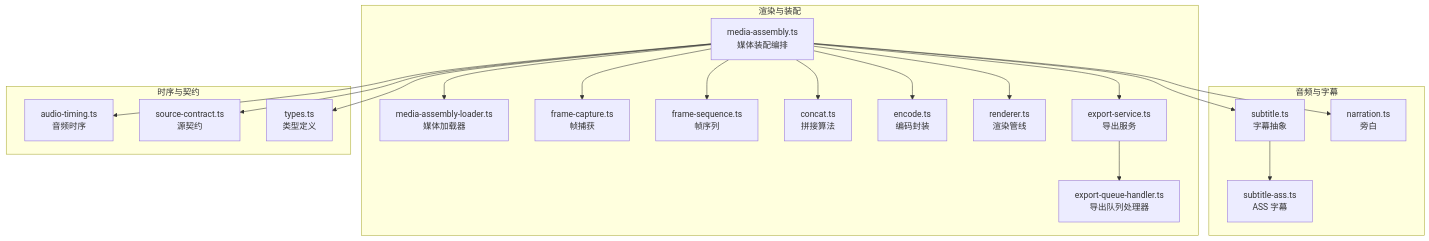
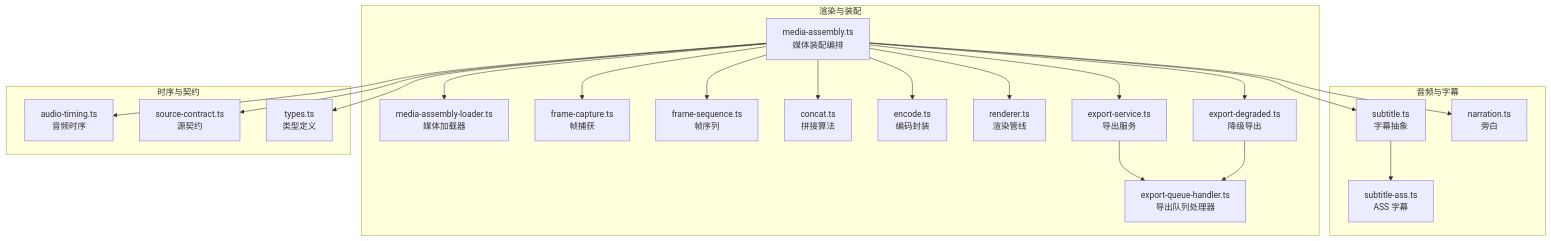
One commit to scottcwy/PurpleInk changed the first of 6 diagrams in .qoder/repowiki/zh/content/渲染引擎/渲染流水线/媒体组装引擎.md. Above: the diagram before and after it, drawn with Mermaid. The commit also changed other lines of this file and 109 other files, not shown here.

````diff
--- a/.qoder/repowiki/zh/content/渲染引擎/渲染流水线/媒体组装引擎.md
+++ b/.qoder/repowiki/zh/content/渲染引擎/渲染流水线/媒体组装引擎.md
@@ -43,38 +52,41 @@
 ```mermaid
 graph TB
 subgraph "渲染与装配"
 A["media-assembly.ts<br/>媒体装配编排"]
 B["media-assembly-loader.ts<br/>媒体加载器"]
 C["frame-capture.ts<br/>帧捕获"]
 D["frame-sequence.ts<br/>帧序列"]
 E["concat.ts<br/>拼接算法"]
 F["encode.ts<br/>编码封装"]
 G["renderer.ts<br/>渲染管线"]
 H["export-service.ts<br/>导出服务"]
 I["export-queue-handler.ts<br/>导出队列处理器"]
+J["export-degraded.ts<br/>降级导出"]
 end
 subgraph "音频与字幕"
-J["subtitle.ts<br/>字幕抽象"]
-K["subtitle-ass.ts<br/>ASS 字幕"]
-L["narration.ts<br/>旁白"]
+K["subtitle.ts<br/>字幕抽象"]
+L["subtitle-ass.ts<br/>ASS 字幕"]
+M["narration.ts<br/>旁白"]
 end
 subgraph "时序与契约"
-M["audio-timing.ts<br/>音频时序"]
-N["source-contract.ts<br/>源契约"]
-O["types.ts<br/>类型定义"]
+N["audio-timing.ts<br/>音频时序"]
+O["source-contract.ts<br/>源契约"]
+P["types.ts<br/>类型定义"]
 end
 A --> B
 A --> C
 A --> D
 A --> E
 A --> F
 A --> G
 H --> I
 A --> H
-J --> K
 A --> J
-A --> L
+J --> I
+K --> L
+A --> K
 A --> M
 A --> N
 A --> O
+A --> P
 ```
````
